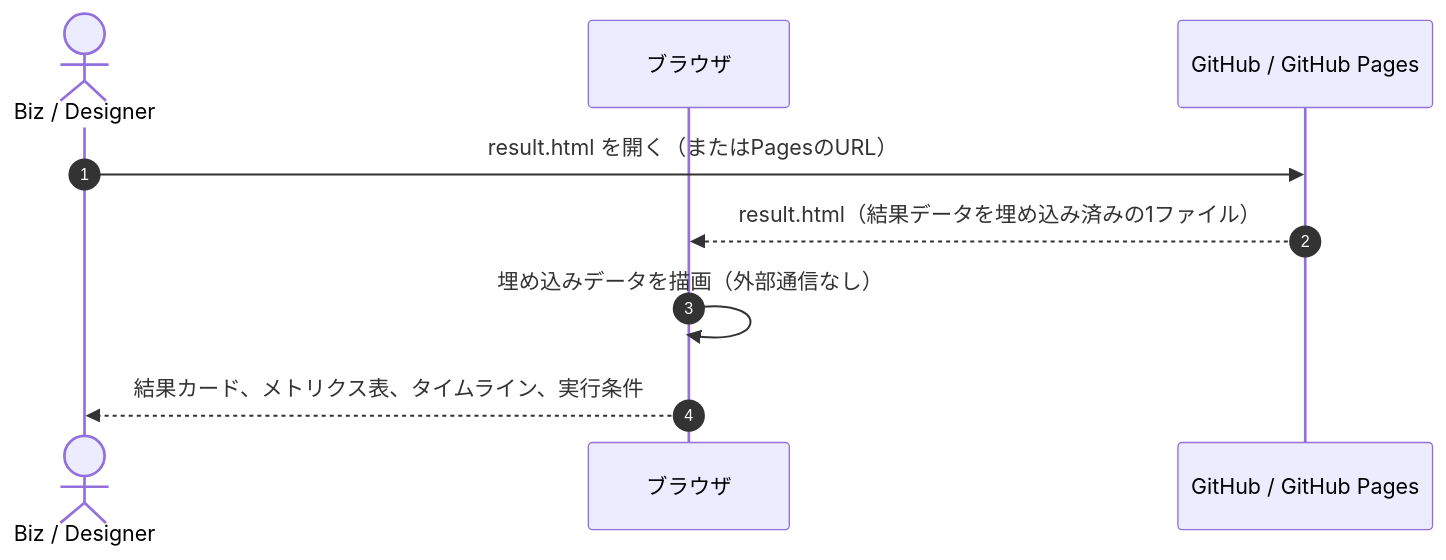
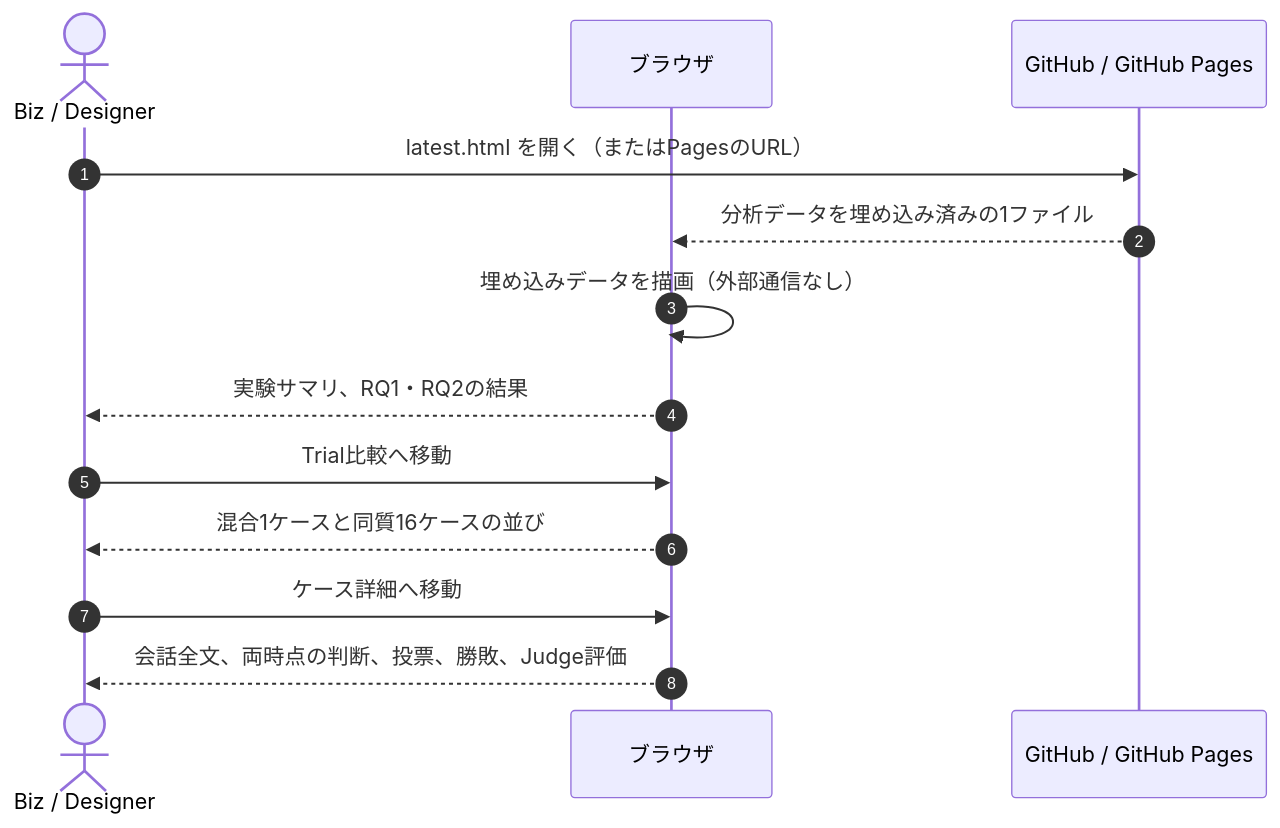
The eighth of 11 diagrams in docs/design.md (ziriss8120121/hackathon-test), drawn with Mermaid before and after one commit. The commit also changed other lines of this file and 2 other files, not shown here.

````diff
--- a/docs/design.md
+++ b/docs/design.md
@@ -412,12 +627,16 @@
 ```mermaid
 sequenceDiagram
     autonumber
     actor M as Biz / Designer
     participant BR as ブラウザ
     participant GH as GitHub / GitHub Pages
 
-    M->>GH: result.html を開く（またはPagesのURL）
-    GH-->>BR: result.html（結果データを埋め込み済みの1ファイル）
+    M->>GH: latest.html を開く（またはPagesのURL）
+    GH-->>BR: 分析データを埋め込み済みの1ファイル
     BR->>BR: 埋め込みデータを描画（外部通信なし）
-    BR-->>M: 結果カード、メトリクス表、タイムライン、実行条件
+    BR-->>M: 実験サマリ、RQ1・RQ2の結果
+    M->>BR: Trial比較へ移動
+    BR-->>M: 混合1ケースと同質16ケースの並び
+    M->>BR: ケース詳細へ移動
+    BR-->>M: 会話全文、両時点の判断、投票、勝敗、Judge評価
 ```
````
